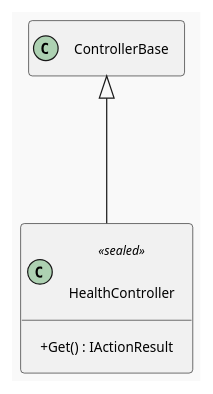
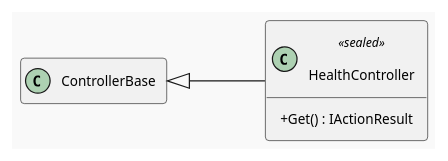
One commit to Tirth-Thakkar/WikiGraph changed the diagram in uml/WikiGraph.Api/Controllers/HealthController.puml. Above: the diagram before and after it, drawn with PlantUML. The commit also changed 68 other files, not shown here.

Commit message:
Freash UML

```diff
--- a/uml/WikiGraph.Api/Controllers/HealthController.puml
+++ b/uml/WikiGraph.Api/Controllers/HealthController.puml
@@ -1,25 +1,25 @@
 @startuml
 '
-' Detailed per-file layout for readable subdiagram renders.
+' Detailed per-file layout for horizontal subdiagram renders.
 !theme mars
 scale max 1024*768
-top to bottom direction
+left to right direction
 skinparam linetype ortho
 skinparam shadowing false
 skinparam roundCorner 6
-skinparam ranksep 120
-skinparam nodesep 120
-skinparam padding 10
+skinparam ranksep 80
+skinparam nodesep 50
+skinparam padding 6
 skinparam WrapWidth 520
 skinparam DefaultFontSize 12
 skinparam ClassFontSize 13
 skinparam ClassAttributeFontSize 11
 skinparam ClassStereotypeFontSize 10
 skinparam ArrowFontSize 10
 skinparam classAttributeIconSize 0
 hide empty members
 class HealthController <<sealed>> {
     + Get() : IActionResult
 }
 ControllerBase <|-- HealthController
 @enduml
```
